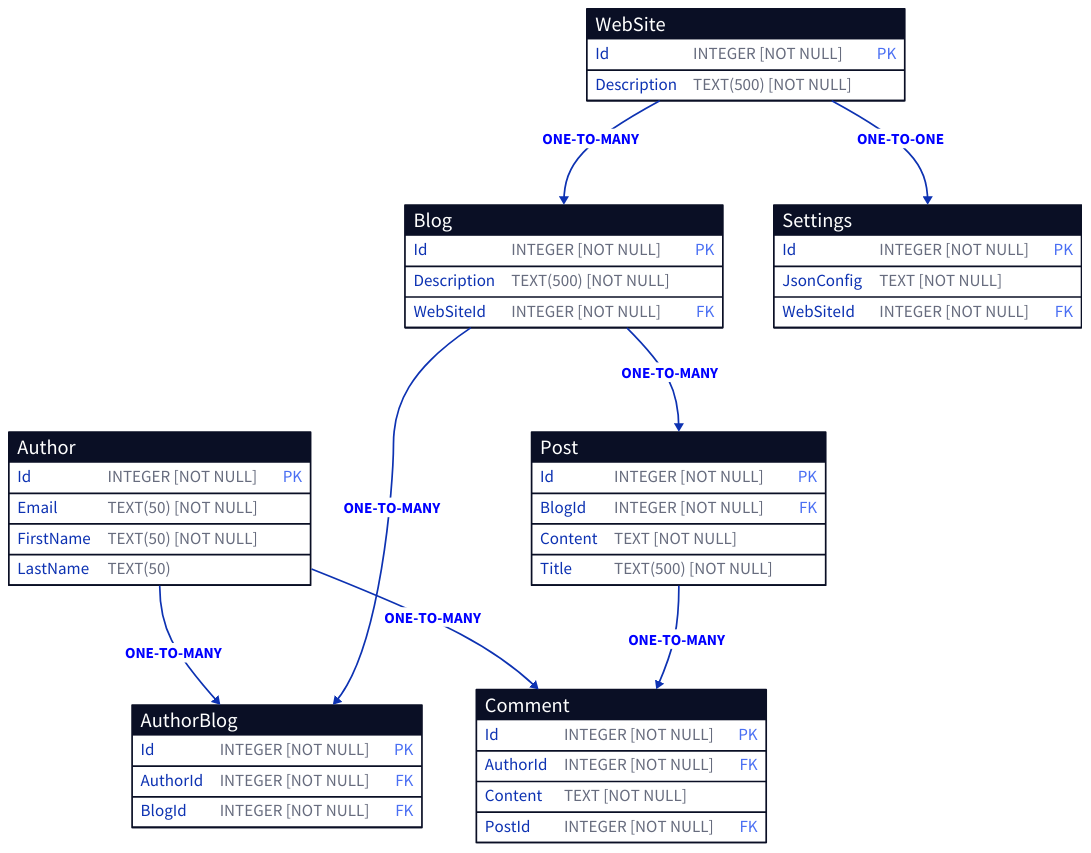
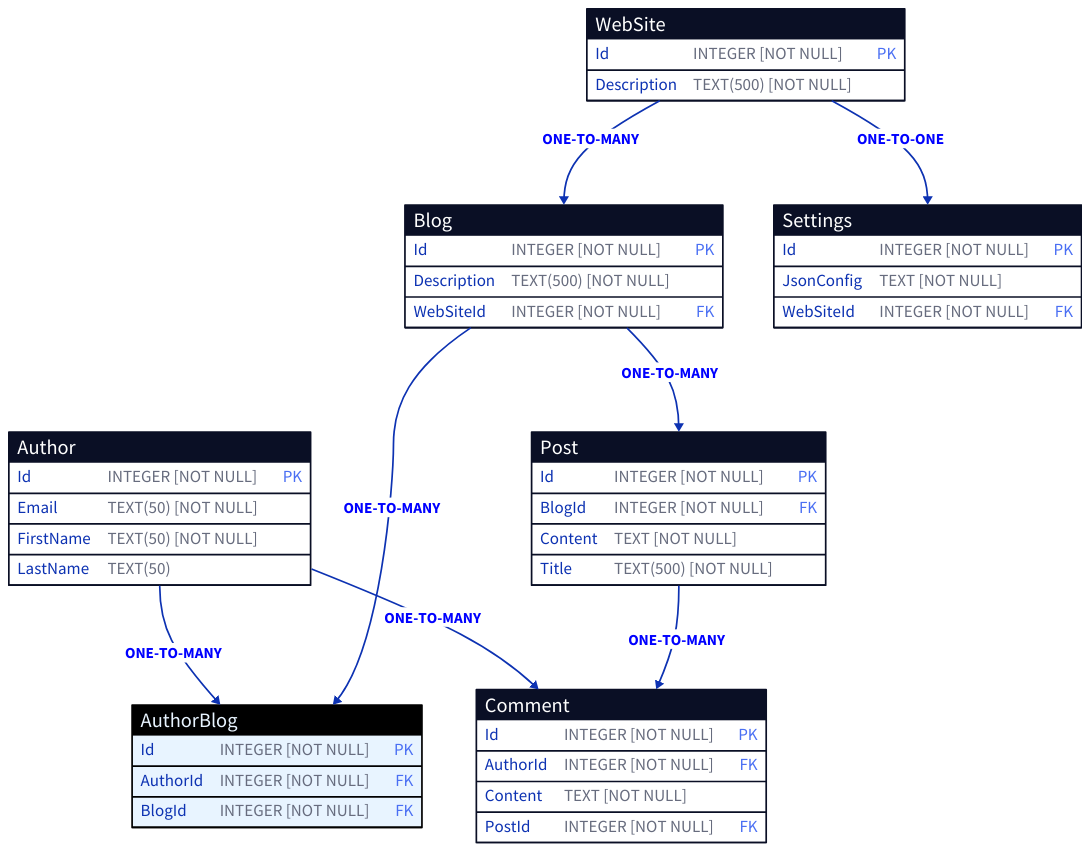
Before and after one commit to nickathone/AllOverIt: the diagram in Demos/AllOverIt.EntityFrameworkCore.Diagrams/D2ErdGenerator/Output Examples/sample_erd.d2, drawn with D2. The commit also changed 16 other files, not shown here.

Commit message:
D2 diagram related updates

```diff
--- a/Demos/AllOverIt.EntityFrameworkCore.Diagrams/D2ErdGenerator/Output Examples/sample_erd.d2
+++ b/Demos/AllOverIt.EntityFrameworkCore.Diagrams/D2ErdGenerator/Output Examples/sample_erd.d2
@@ -1,113 +1,118 @@
 Author: {
   shape: sql_table
 
   Id: INTEGER \[NOT NULL\] {constraint: primary_key}
   Email: TEXT(50) \[NOT NULL\]
   FirstName: TEXT(50) \[NOT NULL\]
   LastName: TEXT(50)
 }
 
 AuthorBlog: {
   shape: sql_table
+
+  style: {
+    fill: black
+    stroke: \#E8F4FF
+  }
 
   Id: INTEGER \[NOT NULL\] {constraint: primary_key}
   AuthorId: INTEGER \[NOT NULL\] {constraint: foreign_key}
   BlogId: INTEGER \[NOT NULL\] {constraint: foreign_key}
 }
 
 Blog: {
   shape: sql_table
 
   Id: INTEGER \[NOT NULL\] {constraint: primary_key}
   Description: TEXT(500) \[NOT NULL\]
   WebSiteId: INTEGER \[NOT NULL\] {constraint: foreign_key}
 }
 
 Comment: {
   shape: sql_table
 
   Id: INTEGER \[NOT NULL\] {constraint: primary_key}
   AuthorId: INTEGER \[NOT NULL\] {constraint: foreign_key}
   Content: TEXT \[NOT NULL\]
   PostId: INTEGER \[NOT NULL\] {constraint: foreign_key}
 }
 
 Post: {
   shape: sql_table
 
   Id: INTEGER \[NOT NULL\] {constraint: primary_key}
   BlogId: INTEGER \[NOT NULL\] {constraint: foreign_key}
   Content: TEXT \[NOT NULL\]
   Title: TEXT(500) \[NOT NULL\]
 }
 
 Settings: {
   shape: sql_table
 
   Id: INTEGER \[NOT NULL\] {constraint: primary_key}
   JsonConfig: TEXT \[NOT NULL\]
   WebSiteId: INTEGER \[NOT NULL\] {constraint: foreign_key}
 }
 
 WebSite: {
   shape: sql_table
 
   Id: INTEGER \[NOT NULL\] {constraint: primary_key}
   Description: TEXT(500) \[NOT NULL\]
 }
 
 Author.Id -> AuthorBlog.AuthorId: ONE-TO-MANY {
   style: {
     font-size: 18
     font-color: blue
     bold: true
   }
 }
 
 Blog.Id -> AuthorBlog.BlogId: ONE-TO-MANY {
   style: {
     font-size: 18
     font-color: blue
     bold: true
   }
 }
 
 WebSite.Id -> Blog.WebSiteId: ONE-TO-MANY {
   style: {
     font-size: 18
     font-color: blue
     bold: true
   }
 }
 
 Author.Id -> Comment.AuthorId: ONE-TO-MANY {
   style: {
     font-size: 18
     font-color: blue
     bold: true
   }
 }
 
 Post.Id -> Comment.PostId: ONE-TO-MANY {
   style: {
     font-size: 18
     font-color: blue
     bold: true
   }
 }
 
 Blog.Id -> Post.BlogId: ONE-TO-MANY {
   style: {
     font-size: 18
     font-color: blue
     bold: true
   }
 }
 
 WebSite.Id -> Settings.WebSiteId: ONE-TO-ONE {
   style: {
     font-size: 18
     font-color: blue
     bold: true
   }
 }
```
